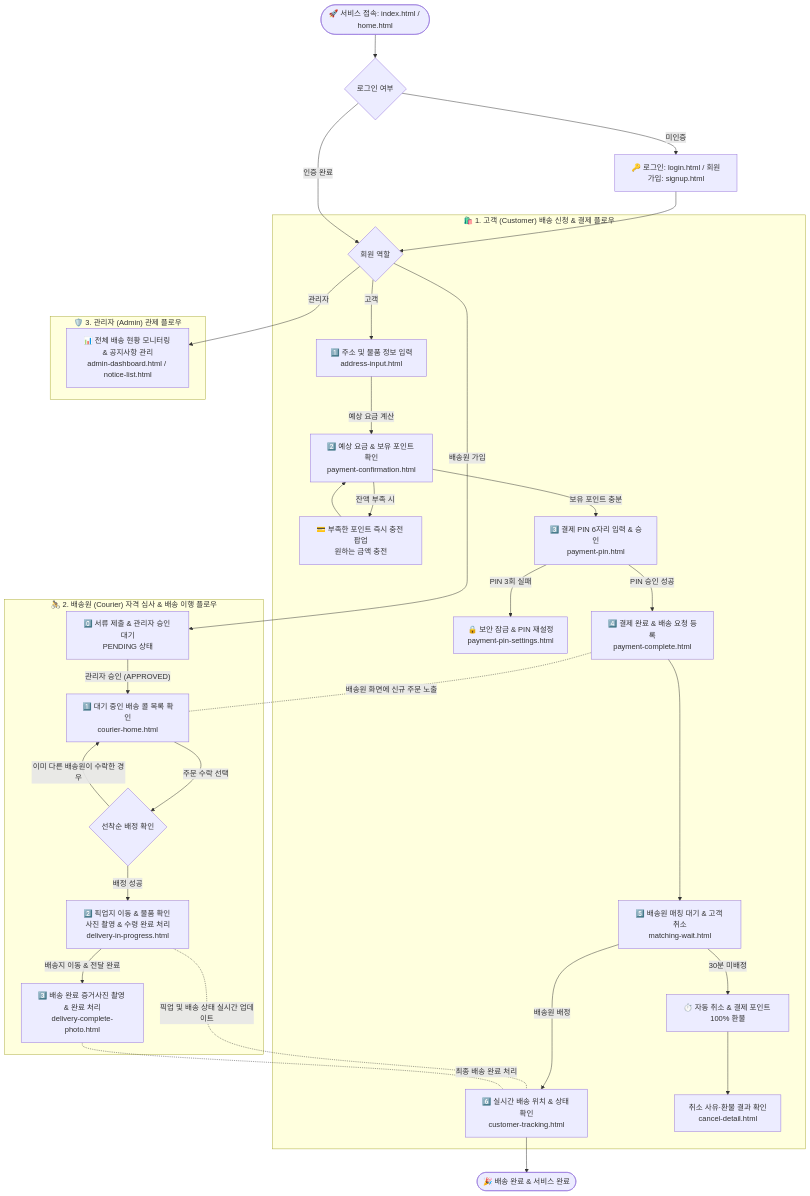
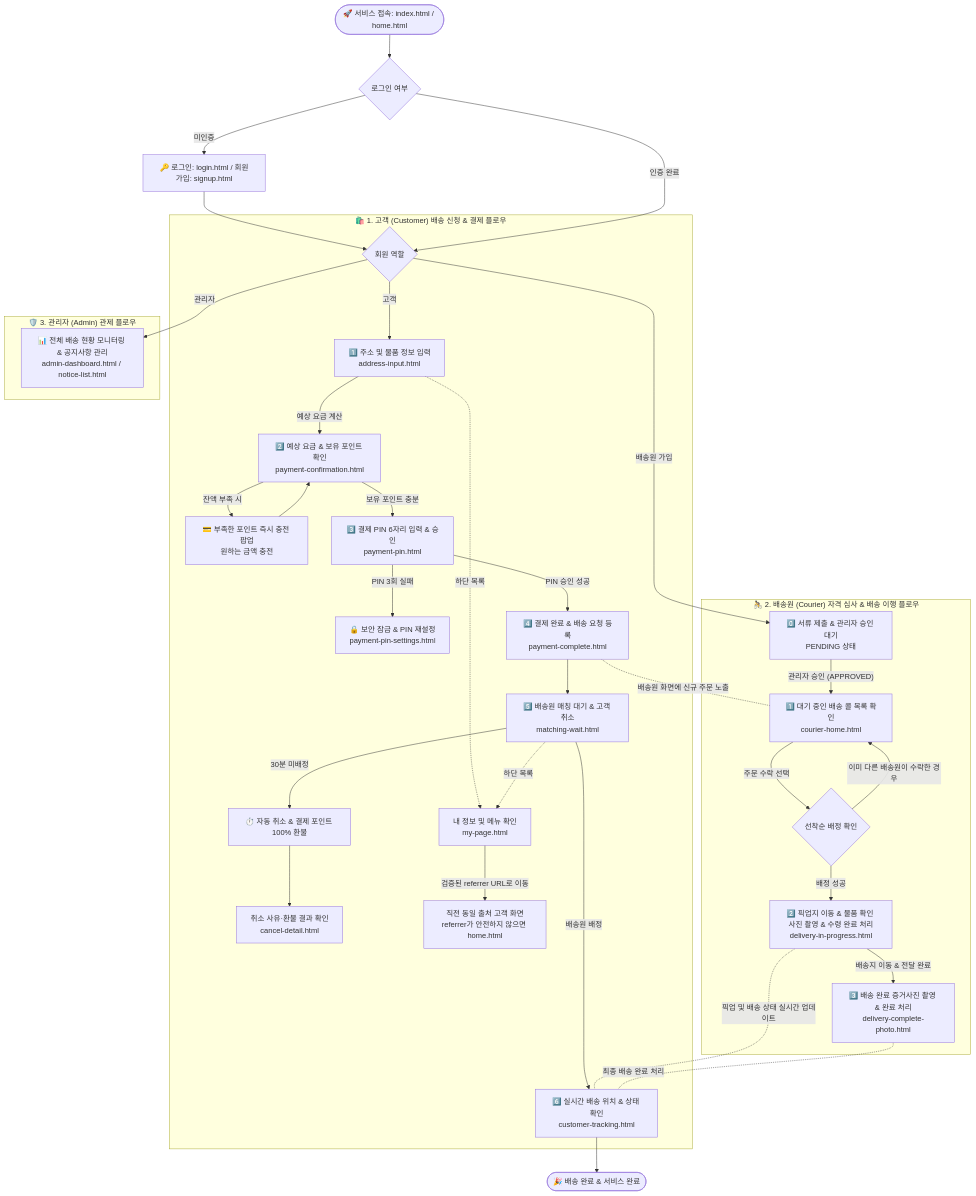
The first of 3 diagrams in docs/architecture/전체-유저-플로우-가이드.md (ShinhanDSProject/shinhan-delivery), drawn with Mermaid before and after one commit. The commit also changed other lines of this file and 15 other files, not shown here.

````diff
--- a/docs/architecture/전체-유저-플로우-가이드.md
+++ b/docs/architecture/전체-유저-플로우-가이드.md
@@ -29,56 +29,59 @@
 ```mermaid
 flowchart TD
     %% 시작 및 인증
     Start([🚀 서비스 접속: index.html / home.html]) --> AuthChoice{로그인 여부}
     
     AuthChoice -- 미인증 --> Login[🔑 로그인: login.html / 회원가입: signup.html]
     Login --> RoleChoice{회원 역할}
     AuthChoice -- 인증 완료 --> RoleChoice
 
     %% -------------------------------------------------------------
     %% 1. 고객 (Customer) 유저 플로우
     %% -------------------------------------------------------------
     subgraph CustomerFlow ["🛍️ 1. 고객 (Customer) 배송 신청 & 결제 플로우"]
         RoleChoice -- 고객 --> AddrInput[1️⃣ 주소 및 물품 정보 입력<br/>address-input.html]
         AddrInput -- 예상 요금 계산 --> PayConfirm[2️⃣ 예상 요금 & 보유 포인트 확인<br/>payment-confirmation.html]
         
         PayConfirm -- 잔액 부족 시 --> PointCharge[💳 부족한 포인트 즉시 충전 팝업<br/>원하는 금액 충전]
         PointCharge --> PayConfirm
         
         PayConfirm -- 보유 포인트 충분 --> PayPin[3️⃣ 결제 PIN 6자리 입력 & 승인<br/>payment-pin.html]
         PayPin -- PIN 3회 실패 --> PinLock[🔒 보안 잠금 & PIN 재설정<br/>payment-pin-settings.html]
         PayPin -- PIN 승인 성공 --> PayComplete[4️⃣ 결제 완료 & 배송 요청 등록<br/>payment-complete.html]
         
         PayComplete --> MatchingWait[5️⃣ 배송원 매칭 대기 & 고객 취소<br/>matching-wait.html]
         MatchingWait -- 배송원 배정 --> Tracking[6️⃣ 실시간 배송 위치 & 상태 확인<br/>customer-tracking.html]
         MatchingWait -- 30분 미배정 --> TimeoutRefund[⏱️ 자동 취소 & 결제 포인트 100% 환불]
         TimeoutRefund --> CancelDetail[취소 사유·환불 결과 확인<br/>cancel-detail.html]
+        AddrInput -. 하단 목록 .-> MyPage[내 정보 및 메뉴 확인<br/>my-page.html]
+        MatchingWait -. 하단 목록 .-> MyPage
+        MyPage -- 검증된 referrer URL로 이동 --> PreviousCustomerScreen[직전 동일 출처 고객 화면<br/>referrer가 안전하지 않으면 home.html]
     end
 
     %% -------------------------------------------------------------
     %% 2. 배송원 (Courier) 유저 플로우
     %% -------------------------------------------------------------
     subgraph CourierFlow ["🚴 2. 배송원 (Courier) 자격 심사 & 배송 이행 플로우"]
         RoleChoice -- 배송원 가입 --> CourierPending[0️⃣ 서류 제출 & 관리자 승인 대기<br/>PENDING 상태]
         CourierPending -- 관리자 승인 (APPROVED) --> CourierDash[1️⃣ 대기 중인 배송 콜 목록 확인<br/>courier-home.html]
         
         CourierDash -- 주문 수락 선택 --> MatchCheck{선착순 배정 확인}
         MatchCheck -- 이미 다른 배송원이 수락한 경우 --> CourierDash
         MatchCheck -- 배정 성공 --> CourierPickup[2️⃣ 픽업지 이동 & 물품 확인 사진 촬영 & 수령 완료 처리<br/>delivery-in-progress.html]
         
         CourierPickup -- 배송지 이동 & 전달 완료 --> CourierComplete[3️⃣ 배송 완료 증거사진 촬영 & 완료 처리<br/>delivery-complete-photo.html]
     end
 
     %% -------------------------------------------------------------
     %% 3. 관리자 (Admin) 유저 플로우
     %% -------------------------------------------------------------
     subgraph AdminFlow ["🛡️ 3. 관리자 (Admin) 관제 플로우"]
         RoleChoice -- 관리자 --> AdminDash[📊 전체 배송 현황 모니터링 & 공지사항 관리<br/>admin-dashboard.html / notice-list.html]
     end
 
     %% 실시간 상호작용 연결
     PayComplete -. 배송원 화면에 신규 주문 노출 .- CourierDash
     CourierPickup -. 픽업 및 배송 상태 실시간 업데이트 .- Tracking
     CourierComplete -. 최종 배송 완료 처리 .- Tracking
     Tracking --> Finish([🎉 배송 완료 & 서비스 완료])
 ```
````
